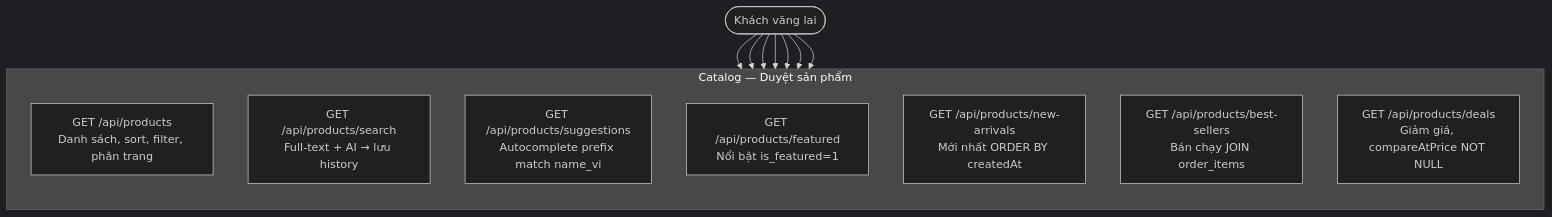
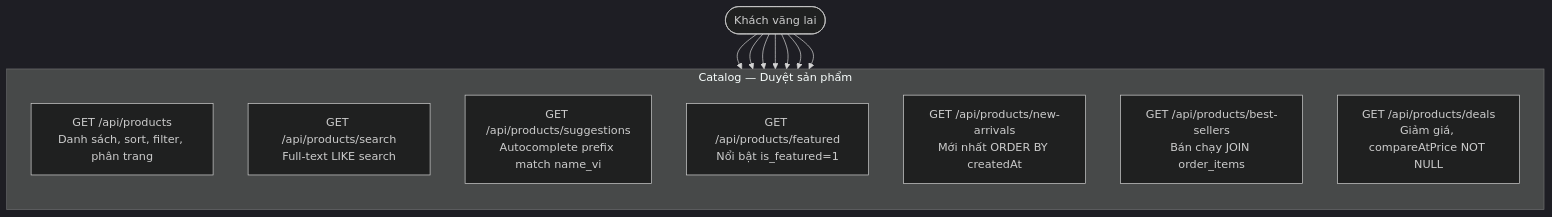
The sixth of 47 diagrams in DIAGRAMS.md (MinhThang1009/E-commerce-website), drawn with Mermaid (dark theme) before and after one commit. The commit also changed other lines of this file and 9 other files, not shown here.

First line of the commit message:
docs: đồng bộ tài liệu RAG pipeline + diagram với codebase

````diff
--- a/DIAGRAMS.md
+++ b/DIAGRAMS.md
@@ -200,23 +200,23 @@
 ```mermaid
 flowchart TB
     Guest(["Khách vãng lai"])
 
     subgraph BROWSE["Catalog — Duyệt sản phẩm"]
         direction TB
         B1["GET /api/products<br/>Danh sách, sort, filter, phân trang"]
-        B2["GET /api/products/search<br/>Full-text + AI → lưu history"]
+        B2["GET /api/products/search<br/>Full-text LIKE search"]
         B3["GET /api/products/suggestions<br/>Autocomplete prefix match name_vi"]
         B4["GET /api/products/featured<br/>Nổi bật is_featured=1"]
         B5["GET /api/products/new-arrivals<br/>Mới nhất ORDER BY createdAt"]
         B6["GET /api/products/best-sellers<br/>Bán chạy JOIN order_items"]
         B7["GET /api/products/deals<br/>Giảm giá, compareAtPrice NOT NULL"]
     end
 
     Guest --> B1
     Guest --> B2
     Guest --> B3
     Guest --> B4
     Guest --> B5
     Guest --> B6
     Guest --> B7
 ```
````
